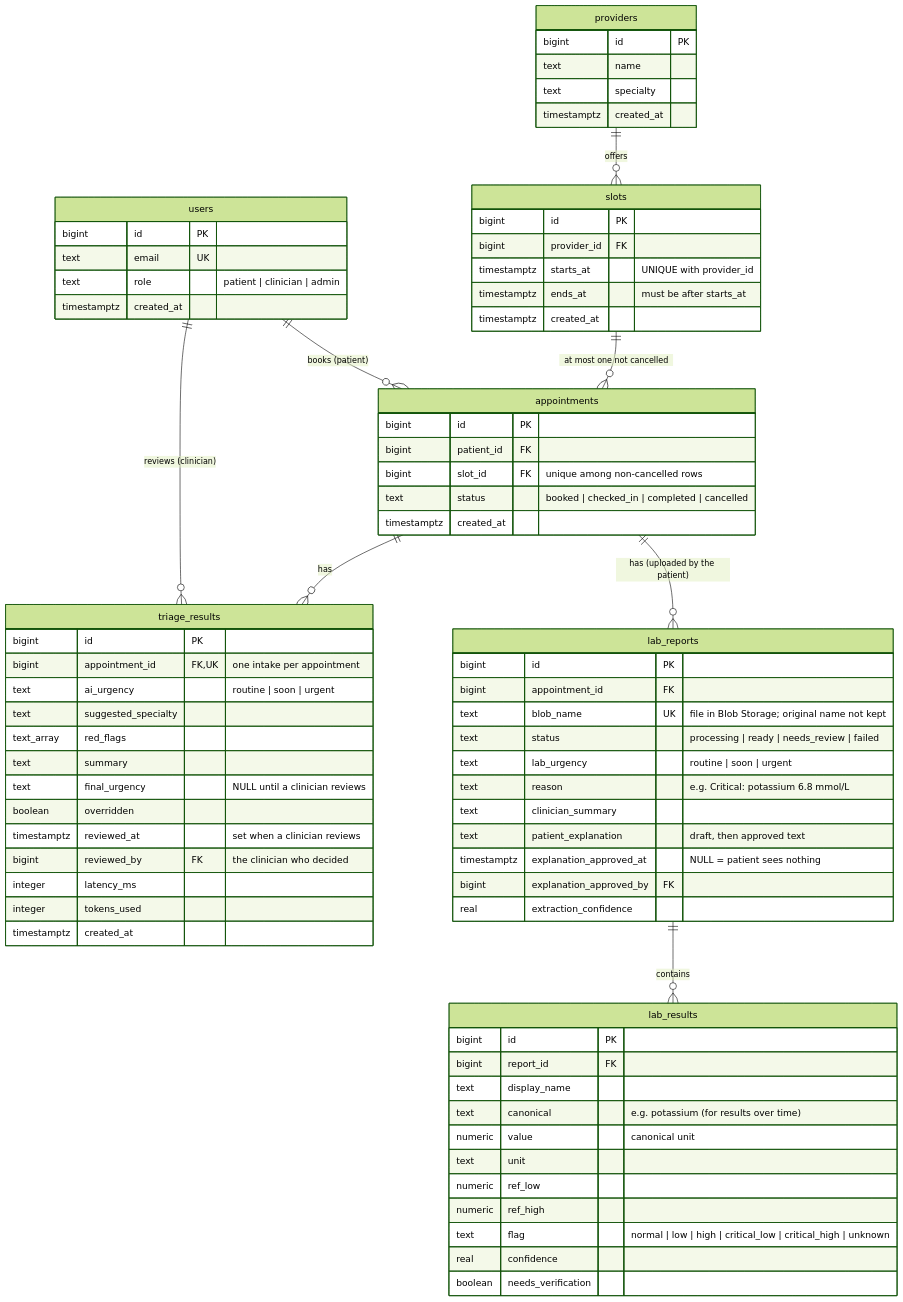
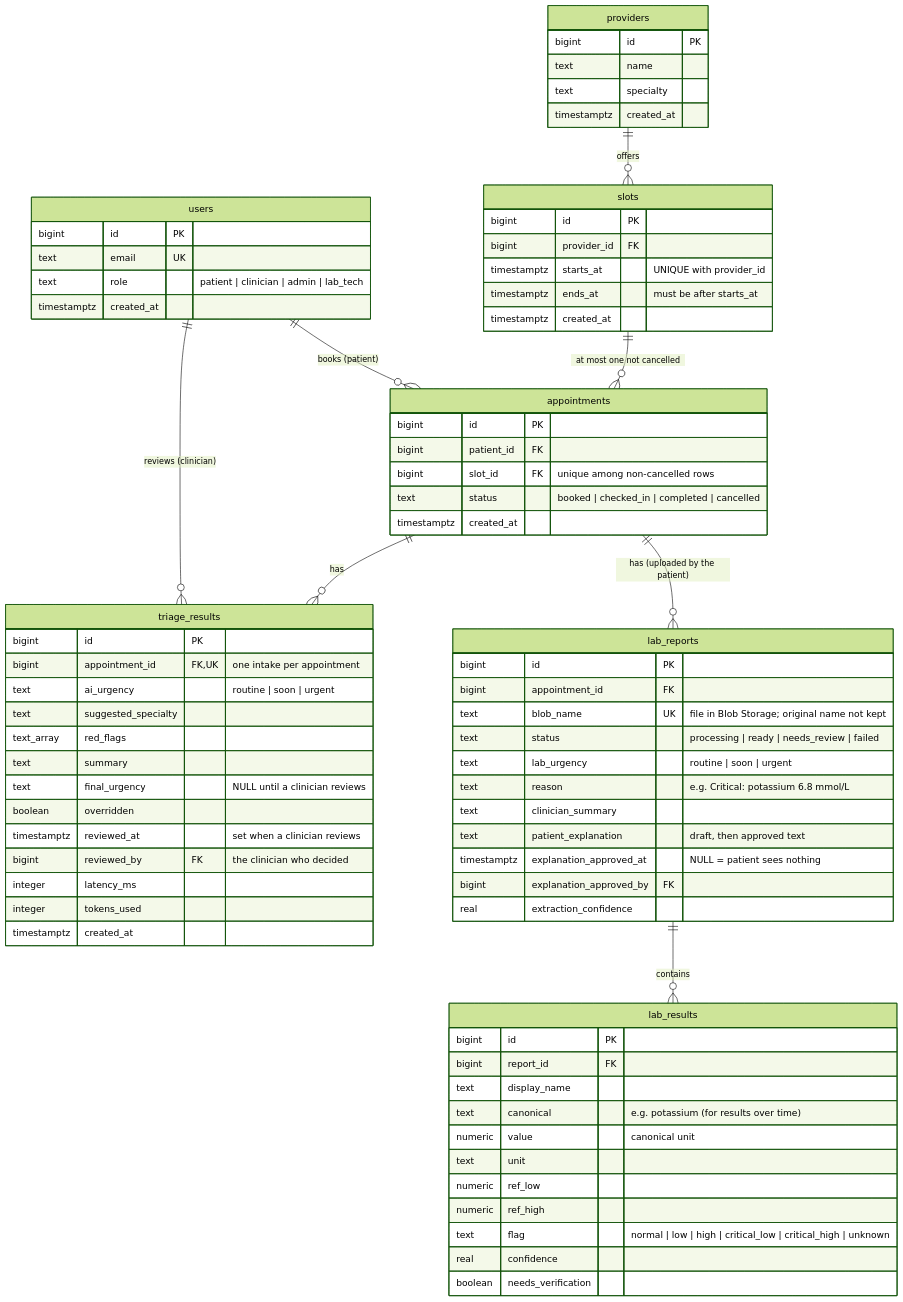
The diagram in docs/schema.md (TilokJahan/Clinic-portal), drawn with Mermaid (forest theme) before and after one commit. The commit also changed other lines of this file and 16 other files, not shown here.

Commit message:
Backend : Add the Lab Tech Role

````diff
--- a/docs/schema.md
+++ b/docs/schema.md
@@ -7,78 +8,78 @@
 ```mermaid
 erDiagram
     users ||--o{ appointments : "books (patient)"
     users ||--o{ triage_results : "reviews (clinician)"
     providers ||--o{ slots : offers
     slots ||--o{ appointments : "at most one not cancelled"
     appointments ||--o{ triage_results : has
     appointments ||--o{ lab_reports : "has (uploaded by the patient)"
     lab_reports ||--o{ lab_results : contains
 
     users {
         bigint id PK
         text email UK
-        text role "patient | clinician | admin"
+        text role "patient | clinician | admin | lab_tech"
         timestamptz created_at
     }
     providers {
         bigint id PK
         text name
         text specialty
         timestamptz created_at
     }
     slots {
         bigint id PK
         bigint provider_id FK
         timestamptz starts_at "UNIQUE with provider_id"
         timestamptz ends_at "must be after starts_at"
         timestamptz created_at
     }
     appointments {
         bigint id PK
         bigint patient_id FK
         bigint slot_id FK "unique among non-cancelled rows"
         text status "booked | checked_in | completed | cancelled"
         timestamptz created_at
     }
     triage_results {
         bigint id PK
         bigint appointment_id FK,UK "one intake per appointment"
         text ai_urgency "routine | soon | urgent"
         text suggested_specialty
         text_array red_flags
         text summary
         text final_urgency "NULL until a clinician reviews"
         boolean overridden
         timestamptz reviewed_at "set when a clinician reviews"
         bigint reviewed_by FK "the clinician who decided"
         integer latency_ms
         integer tokens_used
         timestamptz created_at
     }
     lab_reports {
         bigint id PK
         bigint appointment_id FK
         text blob_name UK "file in Blob Storage; original name not kept"
         text status "processing | ready | needs_review | failed"
         text lab_urgency "routine | soon | urgent"
         text reason "e.g. Critical: potassium 6.8 mmol/L"
         text clinician_summary
         text patient_explanation "draft, then approved text"
         timestamptz explanation_approved_at "NULL = patient sees nothing"
         bigint explanation_approved_by FK
         real extraction_confidence
     }
     lab_results {
         bigint id PK
         bigint report_id FK
         text display_name
         text canonical "e.g. potassium (for results over time)"
         numeric value "canonical unit"
         text unit
         numeric ref_low
         numeric ref_high
         text flag "normal | low | high | critical_low | critical_high | unknown"
         real confidence
         boolean needs_verification
     }
 ```
````
